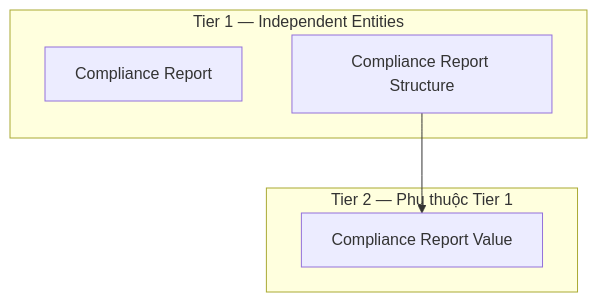
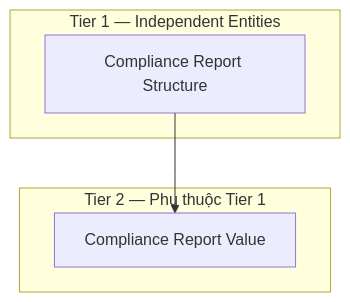
Before and after one commit to linhlvit/ubck_atomic_design: the diagram in DataModel/working/Atomic/hld/TMS_HLD_Overview.md, drawn with Mermaid. The commit also changed other lines of this file and 17 other files, not shown here.

````diff
--- a/DataModel/working/Atomic/hld/TMS_HLD_Overview.md
+++ b/DataModel/working/Atomic/hld/TMS_HLD_Overview.md
@@ -29,11 +28,10 @@
 ```mermaid
 graph TD
     subgraph T1["Tier 1 — Independent Entities"]
-        CR["Compliance Report"]
         CRS["Compliance Report Structure"]
     end
     subgraph T2["Tier 2 — Phụ thuộc Tier 1"]
         CRV["Compliance Report Value"]
     end
     CRS --> CRV
 ```
````
